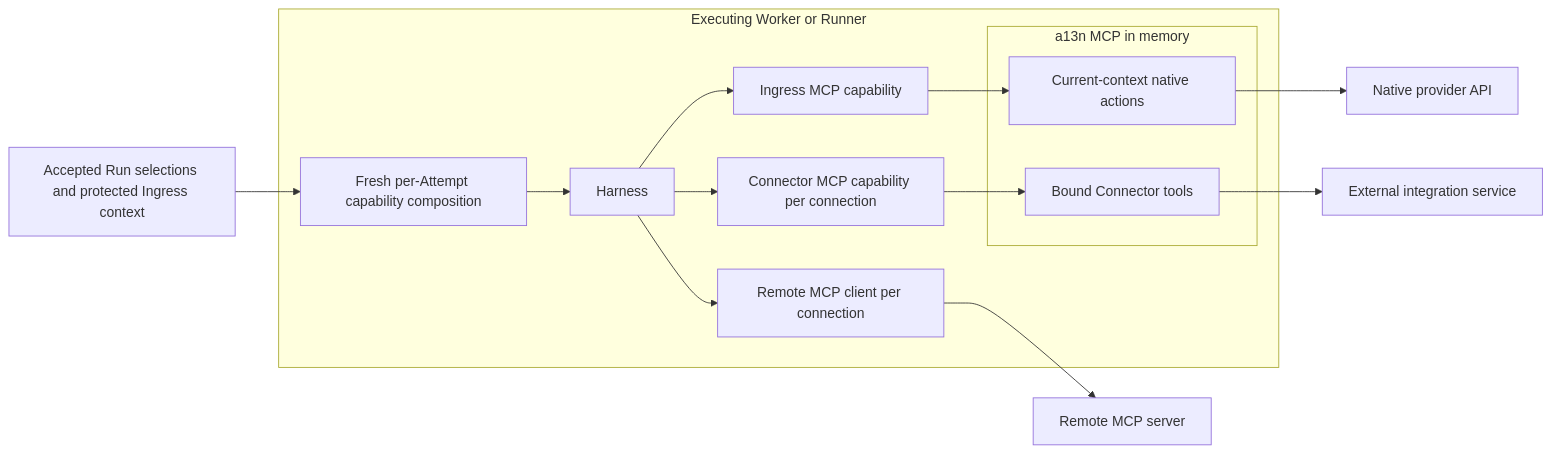
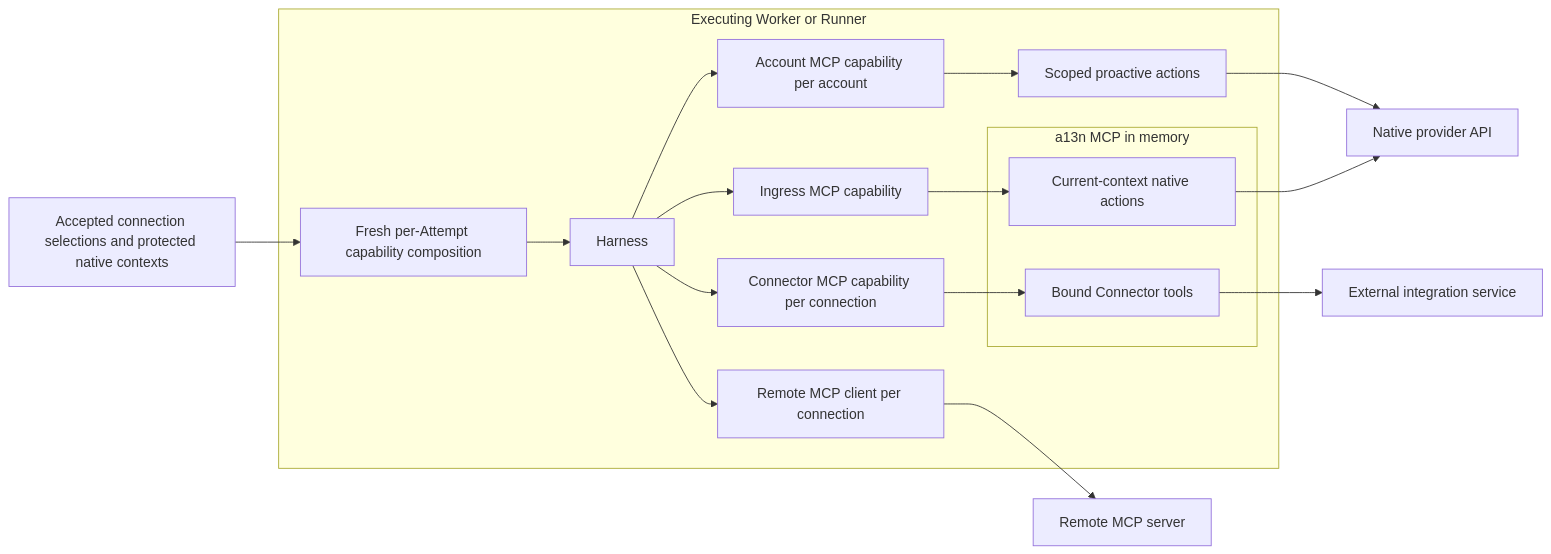
One commit to LTThreeComma/agent-foundation changed the first of 2 diagrams in spec/foundation-service/40-connectivity/04-agent-facing-tools.md. Above: the diagram before and after it, drawn with Mermaid. The commit also changed other lines of this file and 106 other files, not shown here.

````diff
--- a/spec/foundation-service/40-connectivity/04-agent-facing-tools.md
+++ b/spec/foundation-service/40-connectivity/04-agent-facing-tools.md
@@ -13,19 +13,22 @@
 ```mermaid
 flowchart LR
-    Config[Accepted Run selections and protected Ingress context] --> Compose
+    Config[Accepted connection selections and protected native contexts] --> Compose
     subgraph Worker[Executing Worker or Runner]
         Compose[Fresh per-Attempt capability composition] --> Harness
+        Harness --> AccountMCP[Account MCP capability per account]
+        AccountMCP --> AccountActions[Scoped proactive actions]
         Harness --> IngressMCP[Ingress MCP capability]
         Harness --> ConnectorMCP[Connector MCP capability per connection]
         Harness --> RemoteClient[Remote MCP client per connection]
         subgraph Local[a13n MCP in memory]
             Native[Current-context native actions]
             Connector[Bound Connector tools]
         end
         IngressMCP --> Native
         ConnectorMCP --> Connector
     end
     Native --> Provider[Native provider API]
+    AccountActions --> Provider
     Connector --> Integration[External integration service]
     RemoteClient --> Remote[Remote MCP server]
 ```
````
